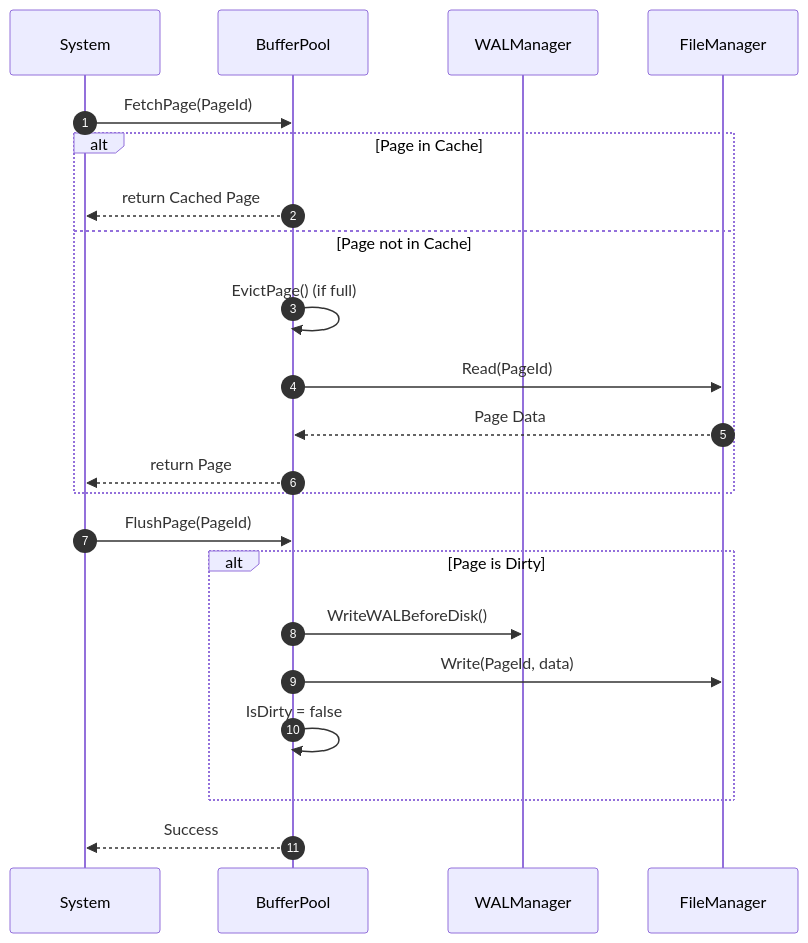
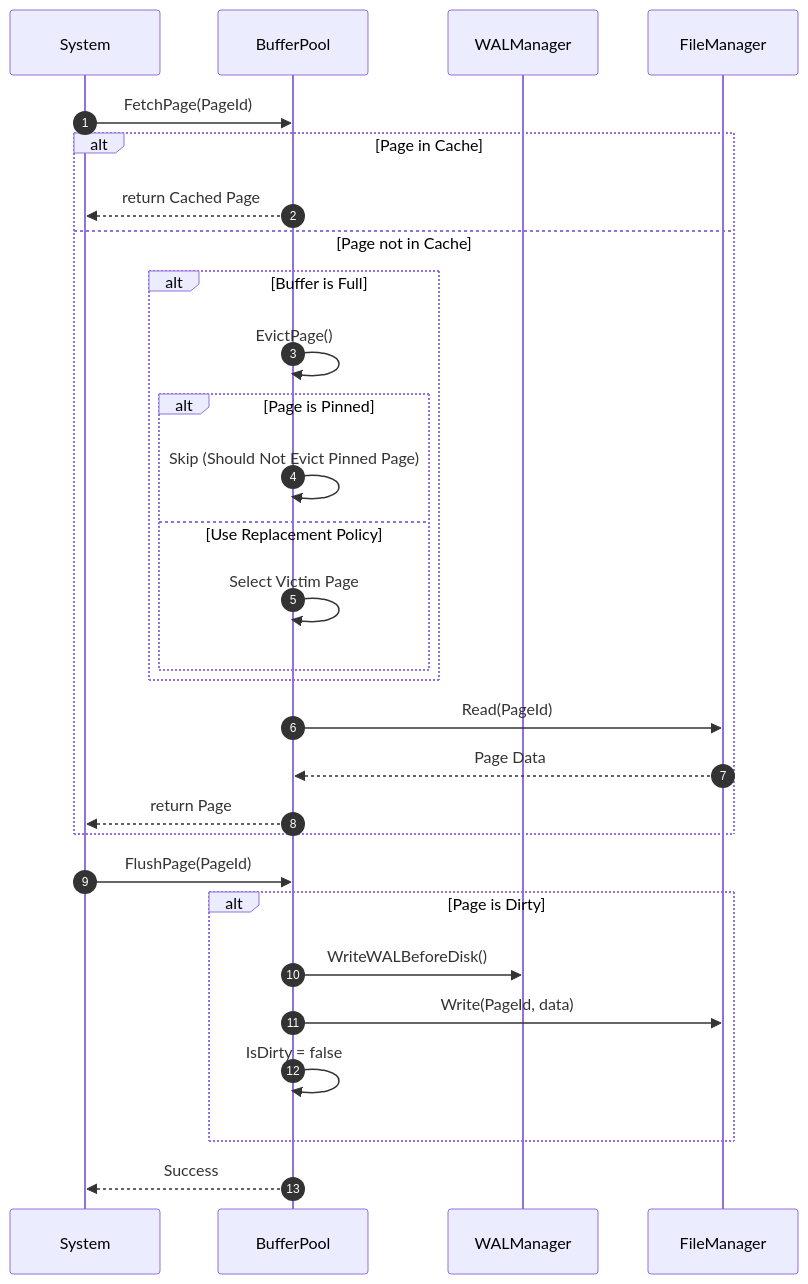
One commit to Hagiakhanh/bbv-dbms changed diagram 25 of 51 in docs/sequence-diagrams/README.md. Above: the diagram before and after it, drawn with Mermaid. The commit also changed other lines of this file and 4 other files, not shown here.

````diff
--- a/docs/sequence-diagrams/README.md
+++ b/docs/sequence-diagrams/README.md
@@ -499,28 +886,35 @@
 ```mermaid
 sequenceDiagram
     autonumber
     participant System
     participant Buffer as BufferPool
     participant WAL as WALManager
     participant Disk as FileManager
     
     %% Fetch Page
     System->>Buffer: FetchPage(PageId)
     alt Page in Cache
         Buffer-->>System: return Cached Page
     else Page not in Cache
-        Buffer->>Buffer: EvictPage() (if full)
+        alt Buffer is Full
+            Buffer->>Buffer: EvictPage()
+            alt Page is Pinned
+                Buffer->>Buffer: Skip (Should Not Evict Pinned Page)
+            else Use Replacement Policy
+                Buffer->>Buffer: Select Victim Page
+            end
+        end
         Buffer->>Disk: Read(PageId)
         Disk-->>Buffer: Page Data
         Buffer-->>System: return Page
     end
     
     %% Flush Page
     System->>Buffer: FlushPage(PageId)
     alt Page is Dirty
         Buffer->>WAL: WriteWALBeforeDisk()
         Buffer->>Disk: Write(PageId, data)
         Buffer->>Buffer: IsDirty = false
     end
     Buffer-->>System: Success
 ```
````
